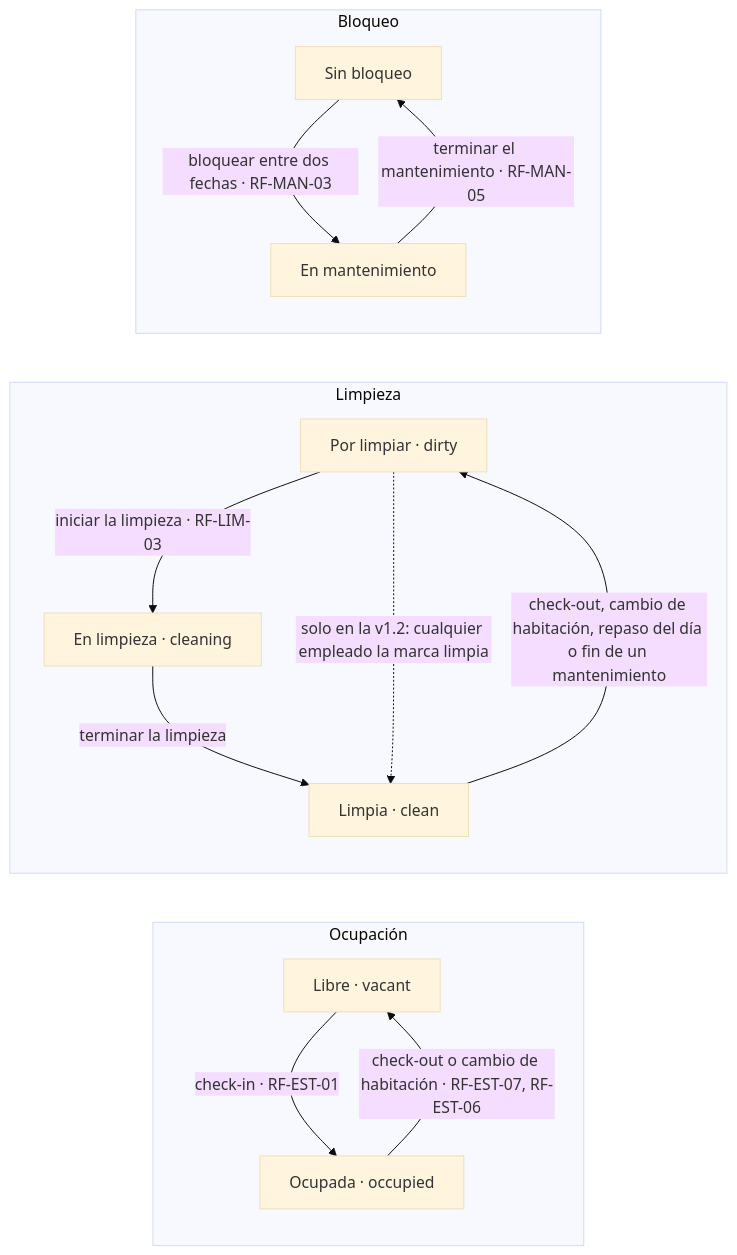
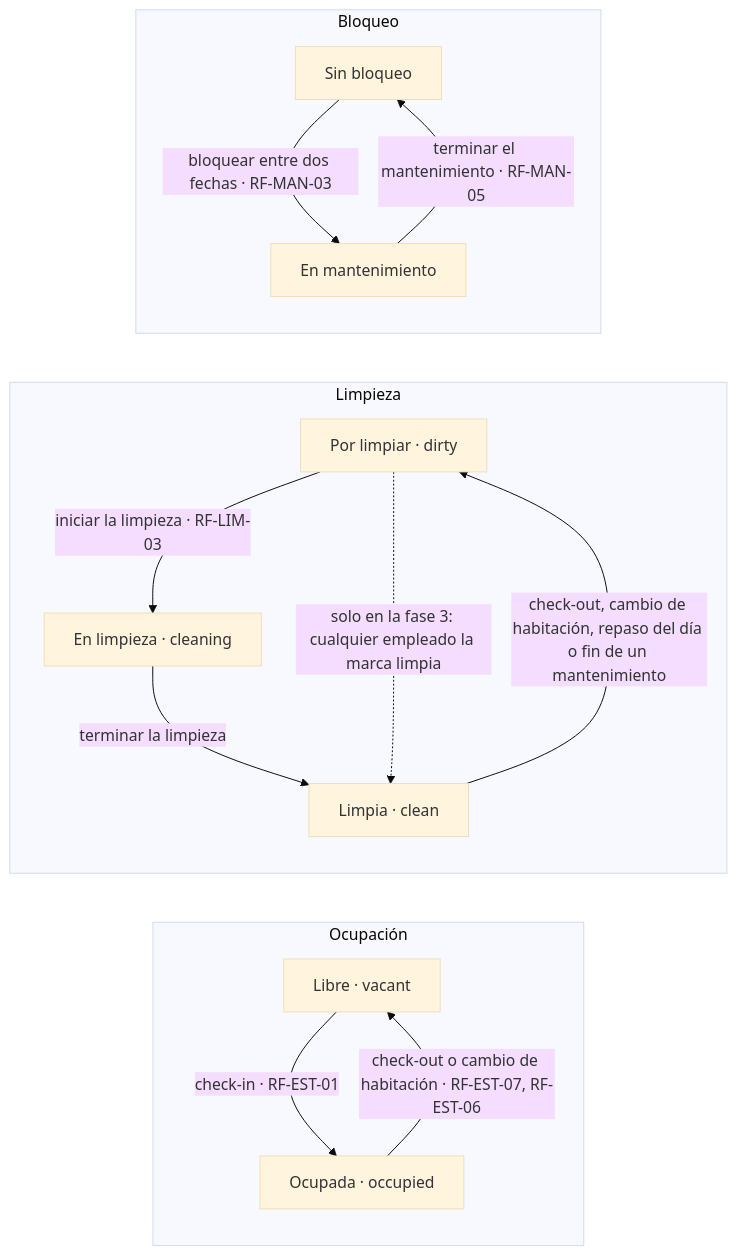
Before and after one commit to PeakDevCol/HotelManagement: the second of 13 diagrams in docs/PRD.md, drawn with Mermaid (base theme). The commit also changed other lines of this file, not shown here.

````diff
--- a/docs/PRD.md
+++ b/docs/PRD.md
@@ -926,17 +955,17 @@
 ```mermaid
 flowchart LR
     subgraph occupancy ["Ocupación"]
         vacant["Libre · vacant"] -->|"check-in · RF-EST-01"| occupied["Ocupada · occupied"]
         occupied -->|"check-out o cambio de habitación · RF-EST-07, RF-EST-06"| vacant
     end
     subgraph housekeeping ["Limpieza"]
         dirty["Por limpiar · dirty"] -->|"iniciar la limpieza · RF-LIM-03"| cleaning["En limpieza · cleaning"]
         cleaning -->|"terminar la limpieza"| clean["Limpia · clean"]
         clean -->|"check-out, cambio de habitación, repaso del día o fin de un mantenimiento"| dirty
-        dirty -.->|"solo en la v1.2: cualquier empleado la marca limpia"| clean
+        dirty -.->|"solo en la fase 3: cualquier empleado la marca limpia"| clean
     end
     subgraph roomBlock ["Bloqueo"]
         unblocked["Sin bloqueo"] -->|"bloquear entre dos fechas · RF-MAN-03"| blocked["En mantenimiento"]
         blocked -->|"terminar el mantenimiento · RF-MAN-05"| unblocked
     end
 ```
````
